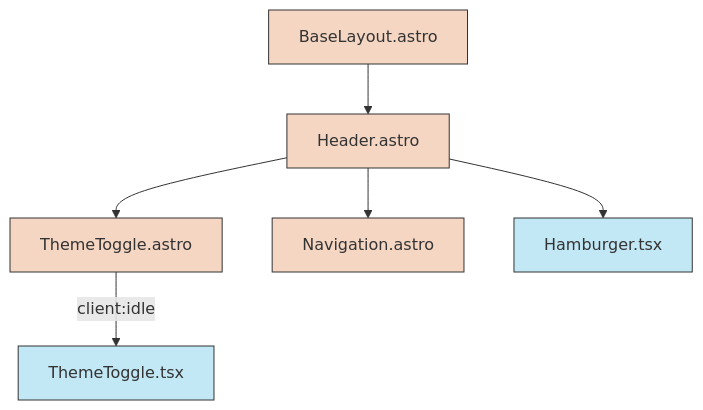
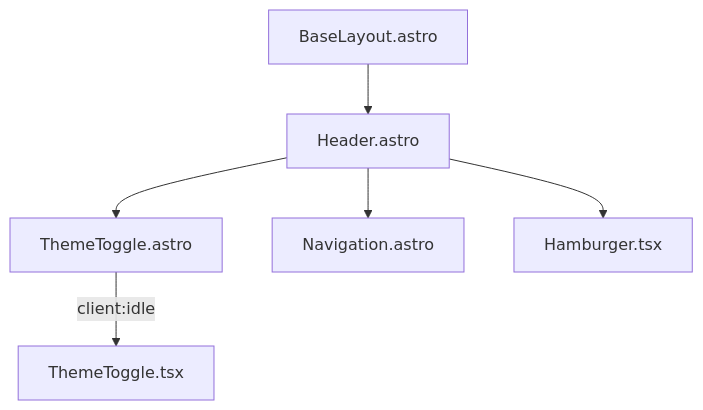
One commit to erfianugrah/revista-3 changed the first of 3 diagrams in src/README.md. Above: the diagram before and after it, drawn with Mermaid. The commit also changed other lines of this file and 4 other files, not shown here.

First line of the commit message:
chore: clean up docs — remove PLAN.md, merge Docker README, fix mermaid contrast

````diff
--- a/src/README.md
+++ b/src/README.md
@@ -13,15 +13,8 @@
 ```mermaid
 graph TD
-    classDef astroFile fill:#f5d6c3,stroke:#333,stroke-width:1px
-    classDef reactFile fill:#c3e8f5,stroke:#333,stroke-width:1px
-    classDef scriptFile fill:#d6f5c3,stroke:#333,stroke-width:1px
-
     A["BaseLayout.astro"] --> B["Header.astro"]
     B --> C["ThemeToggle.astro"]
     C -->|"client:idle"| D["ThemeToggle.tsx"]
     B --> E["Navigation.astro"]
     B --> F["Hamburger.tsx"]
-
-    class A,B,C,E astroFile
-    class D,F reactFile
 ```
````
